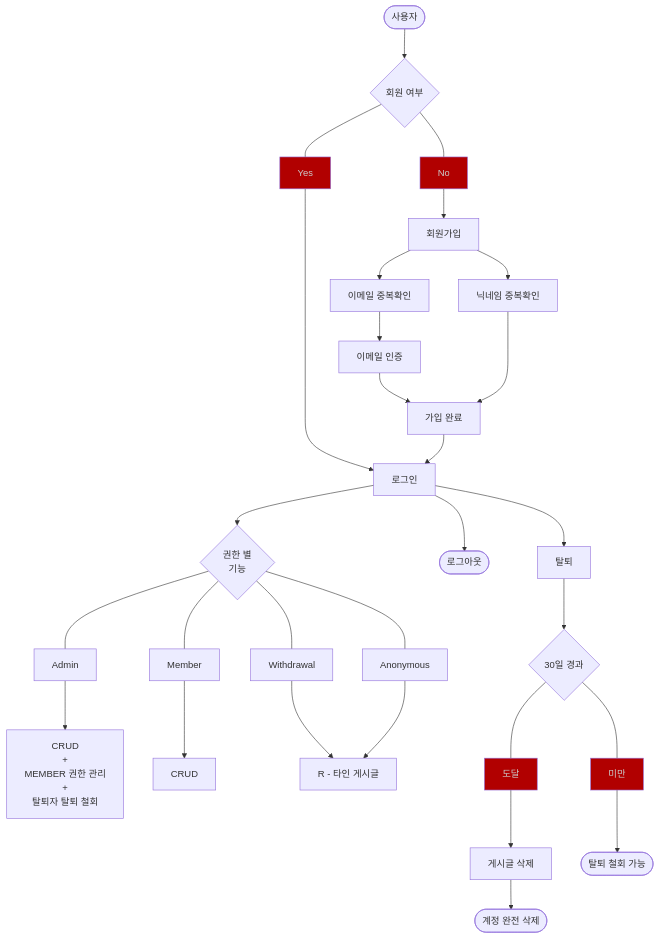
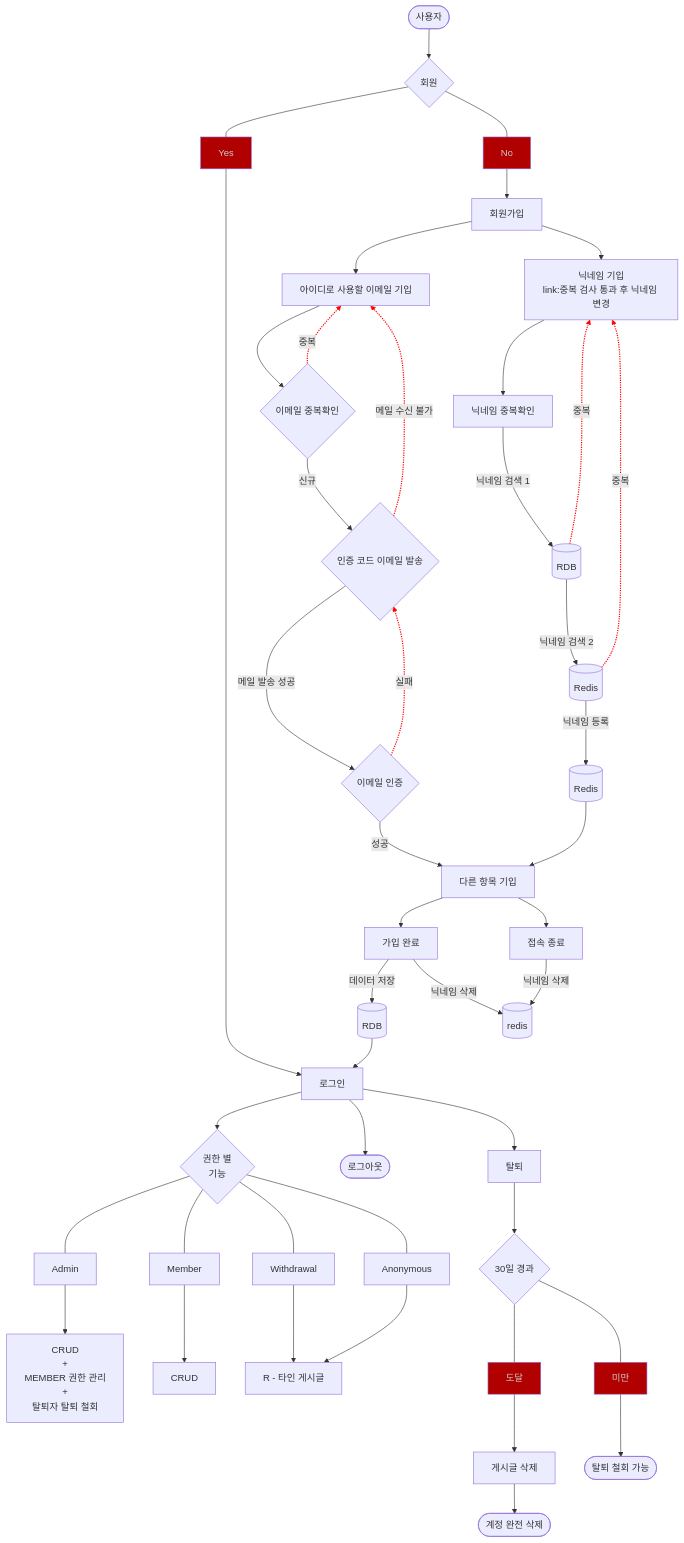
The diagram in docs/Flowchart - 회원.mermaid (zhyun-project/simple-board-02), drawn with Mermaid before and after one commit. The commit also changed other lines of this file, not shown here.

Commit message:
docs : 회원 flow char 회원가입 로직 수정 최최최최종 (#9)
link 클릭 시 `Ctrl` 누른 상태에서 클릭해야 연결된 페이지 확인 가능

issue key : SB2-3

```diff
--- a/docs/Flowchart - 회원.mermaid
+++ b/docs/Flowchart - 회원.mermaid
@@ -1,20 +1,41 @@
 flowchart TB
     classDef red color:#cbcdcc,fill:#b10000;
 
-    A([사용자]) --> B{회원 여부}
+    A([사용자]) --> B{회원}
 
-    B ---Yes:::red------> C[로그인]
+    B ---Yes:::red-----------> C[로그인]
+    B ---No:::red--> D[회원가입] 
+
+    D --> D1[아이디로 사용할 이메일 기입]
+    D1 --> D11{이메일 중복확인}
+    D11 -.->|중복| D1
+    D11 -->|신규| D2{인증 코드 이메일 발송}
+    D2 -.->|메일 수신 불가| D1
+    D2 --->|메일 발송 성공| D22{이메일 인증}
+    D22 -.->|실패| D2
+    D22 -->|성공| D4[다른 항목 기입]
+
+
+    D --> D3[닉네임 기입<br>link:중복 검사 통과 후 닉네임 변경]
+    D3 --> D33[닉네임 중복확인] -->|닉네임 검색 1| D34[(RDB)] -.->|중복| D3
+    D34 -->|닉네임 검색 2| D35[(Redis)] -.->|중복| D3
+    D35 -->|닉네임 등록| D6[(Redis)] --> D4
+    D4 --> D5[가입 완료]
+    D4 --> D8[접속 종료]
+    D5 -->|데이터 저장| D9[(RDB)] --> C
+    D5 & D8 -->|닉네임 삭제| D7[(redis)]
+
     C --> G{권한 별<br>기능}
     G ---Admin--> G1[CRUD<br>+<br>MEMBER 권한 관리<br>+<br>탈퇴자 탈퇴 철회]
     G ---Member--> G2[CRUD]
     G ---Withdrawal--> G3[R - 타인 게시글]
     G ---Anonymous--> G3[R - 타인 게시글]
     C --> E([로그아웃])
     C --> F[탈퇴] --> F1{30일 경과} 
     F1 ---도달:::red--> F2[게시글 삭제] --> F3([계정 완전 삭제])
     F1 ---미만:::red--> F4([탈퇴 철회 가능])
 
-    B ---No:::red--> D[회원가입] 
-    D --> D1[이메일 중복확인] --> D2[이메일 인증]--> D4[가입 완료]
-    D --> D3[닉네임 중복확인] ---> D4
-    D4 --> C
+    click D3 "https://blog.zhyun.kim/415"
+
+    linkStyle 7,9,11 stroke-width:2px,fill:none,stroke:red;
+    linkStyle 16,18 stroke-width:2px,fill:none,stroke:red;
```
